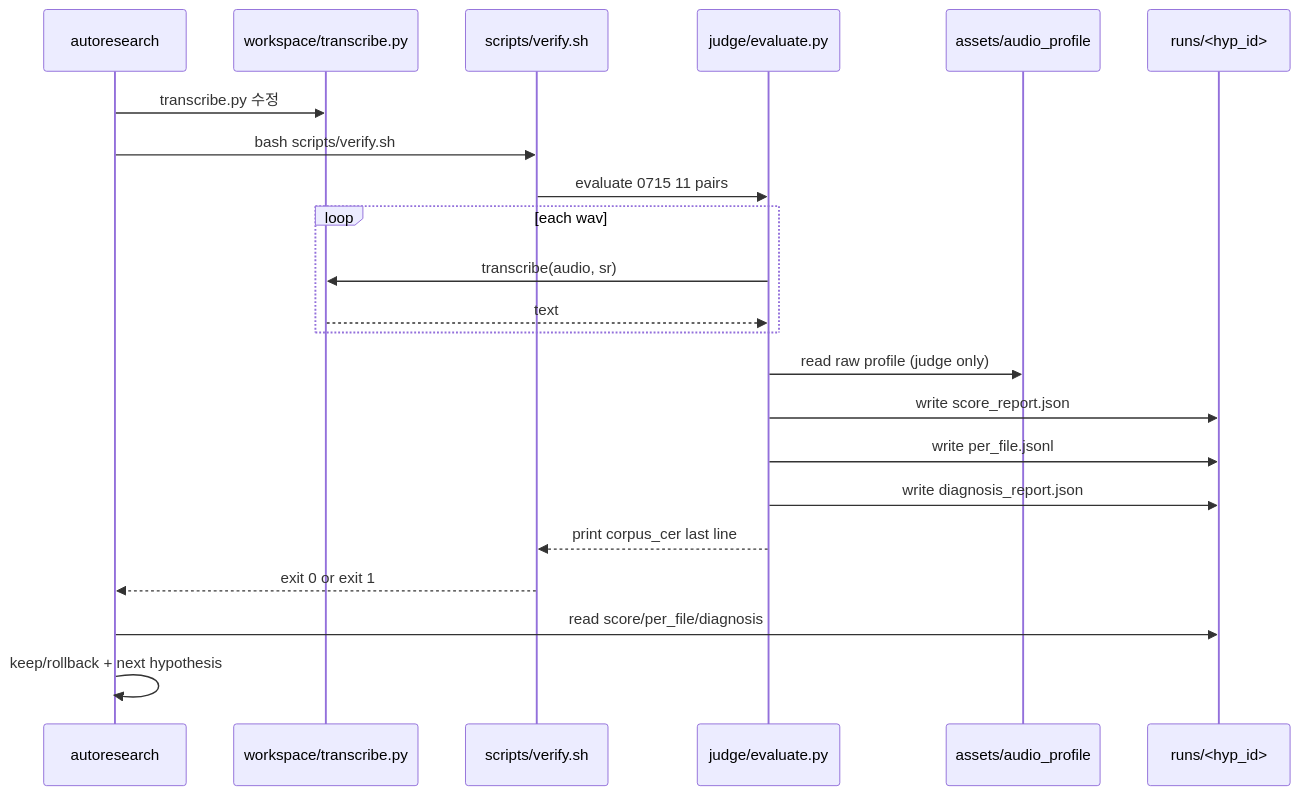
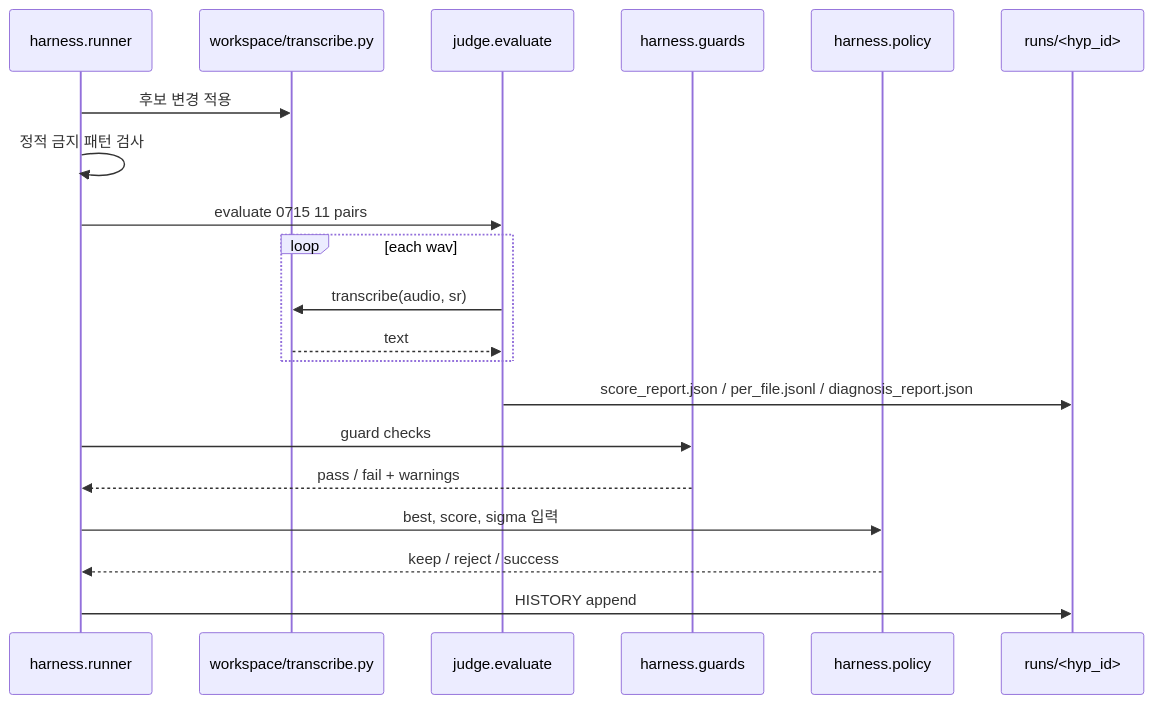
One commit to YuBeomGon/stt-pipe changed the second of 3 diagrams in docs/PHASE3-LOOP.md. Above: the diagram before and after it, drawn with Mermaid. The commit also changed other lines of this file and 26 other files, not shown here.

````diff
--- a/docs/PHASE3-LOOP.md
+++ b/docs/PHASE3-LOOP.md
@@ -47,25 +48,23 @@
 ```mermaid
 sequenceDiagram
-    participant AR as autoresearch
+    participant H as harness.runner
     participant W as workspace/transcribe.py
-    participant V as scripts/verify.sh
-    participant J as judge/evaluate.py
-    participant AP as assets/audio_profile
+    participant J as judge.evaluate
+    participant G as harness.guards
+    participant P as harness.policy
     participant R as runs/<hyp_id>
 
-    AR->>W: transcribe.py 수정
-    AR->>V: bash scripts/verify.sh
-    V->>J: evaluate 0715 11 pairs
+    H->>W: 후보 변경 적용
+    H->>H: 정적 금지 패턴 검사
+    H->>J: evaluate 0715 11 pairs
     loop each wav
         J->>W: transcribe(audio, sr)
         W-->>J: text
     end
-    J->>AP: read raw profile (judge only)
-    J->>R: write score_report.json
-    J->>R: write per_file.jsonl
-    J->>R: write diagnosis_report.json
-    J-->>V: print corpus_cer last line
-    V-->>AR: exit 0 or exit 1
-    AR->>R: read score/per_file/diagnosis
-    AR->>AR: keep/rollback + next hypothesis
+    J->>R: score_report.json / per_file.jsonl / diagnosis_report.json
+    H->>G: guard checks
+    G-->>H: pass / fail + warnings
+    H->>P: best, score, sigma 입력
+    P-->>H: keep / reject / success
+    H->>R: HISTORY append
 ```
````
